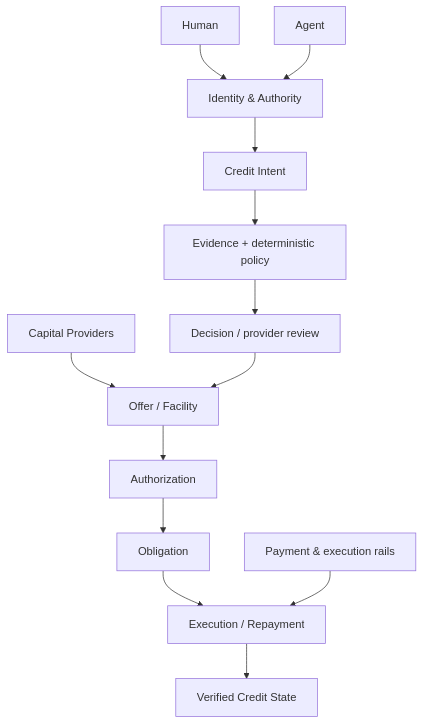
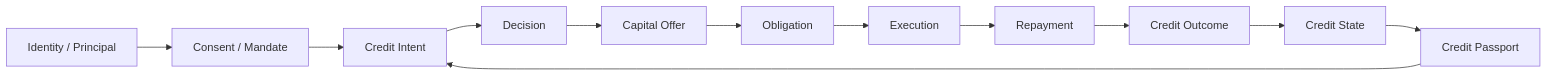
Before and after one commit to CPTM511/IPO.ONE: the first of 5 diagrams in README.md, drawn with Mermaid. The commit also changed other lines of this file and 6 other files, not shown here.

Commit message:
docs(product): canonicalize public Human-Agent baseline

````diff
--- a/README.md
+++ b/README.md
@@ -43,15 +58,14 @@
 ```mermaid
-flowchart TD
-  Human["Human"] --> Authority["Identity & Authority"]
-  Agent["Agent"] --> Authority
-  Authority --> Intent["Credit Intent"]
-  Intent --> Review["Evidence + deterministic policy"]
-  Review --> Decision["Decision / provider review"]
-  Capital["Capital Providers"] --> Offer["Offer / Facility"]
-  Decision --> Offer
-  Offer --> Authorization["Authorization"]
-  Authorization --> Obligation["Obligation"]
-  Obligation --> Execution["Execution / Repayment"]
-  Rails["Payment & execution rails"] --> Execution
-  Execution --> State["Verified Credit State"]
+flowchart LR
+    Identity["Identity / Principal"] --> Authority["Consent / Mandate"]
+    Authority --> Intent["Credit Intent"]
+    Intent --> Decision["Decision"]
+    Decision --> Offer["Capital Offer"]
+    Offer --> Obligation["Obligation"]
+    Obligation --> Execution["Execution"]
+    Execution --> Repayment["Repayment"]
+    Repayment --> Outcome["Credit Outcome"]
+    Outcome --> State["Credit State"]
+    State --> Passport["Credit Passport"]
+    Passport --> Intent
 ```
````
